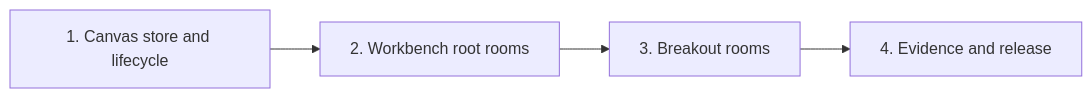
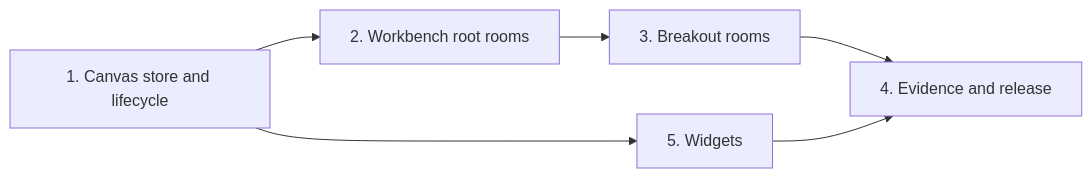
One commit to ambionframework/ambion changed the diagram in planning/next.md. Above: the diagram before and after it, drawn with Mermaid. The commit also changed other lines of this file and 1 other file, not shown here.

````diff
--- a/planning/next.md
+++ b/planning/next.md
@@ -42,6 +45,8 @@
 ```mermaid
 flowchart LR
   P1[1. Canvas store and lifecycle] --> P2[2. Workbench root rooms]
   P2 --> P3[3. Breakout rooms]
   P3 --> P4[4. Evidence and release]
+  P1 --> P5[5. Widgets]
+  P5 --> P4
 ```
````
